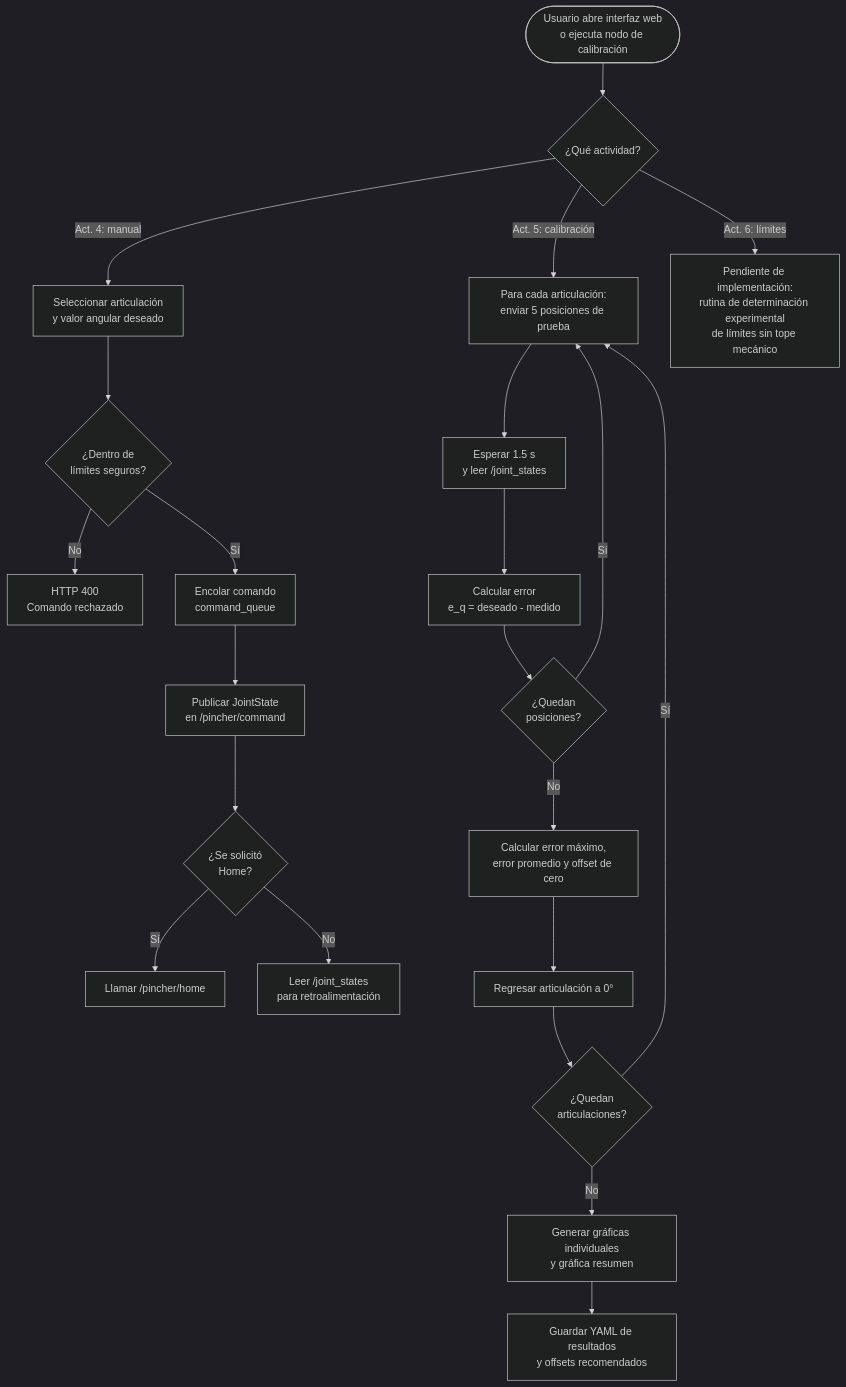
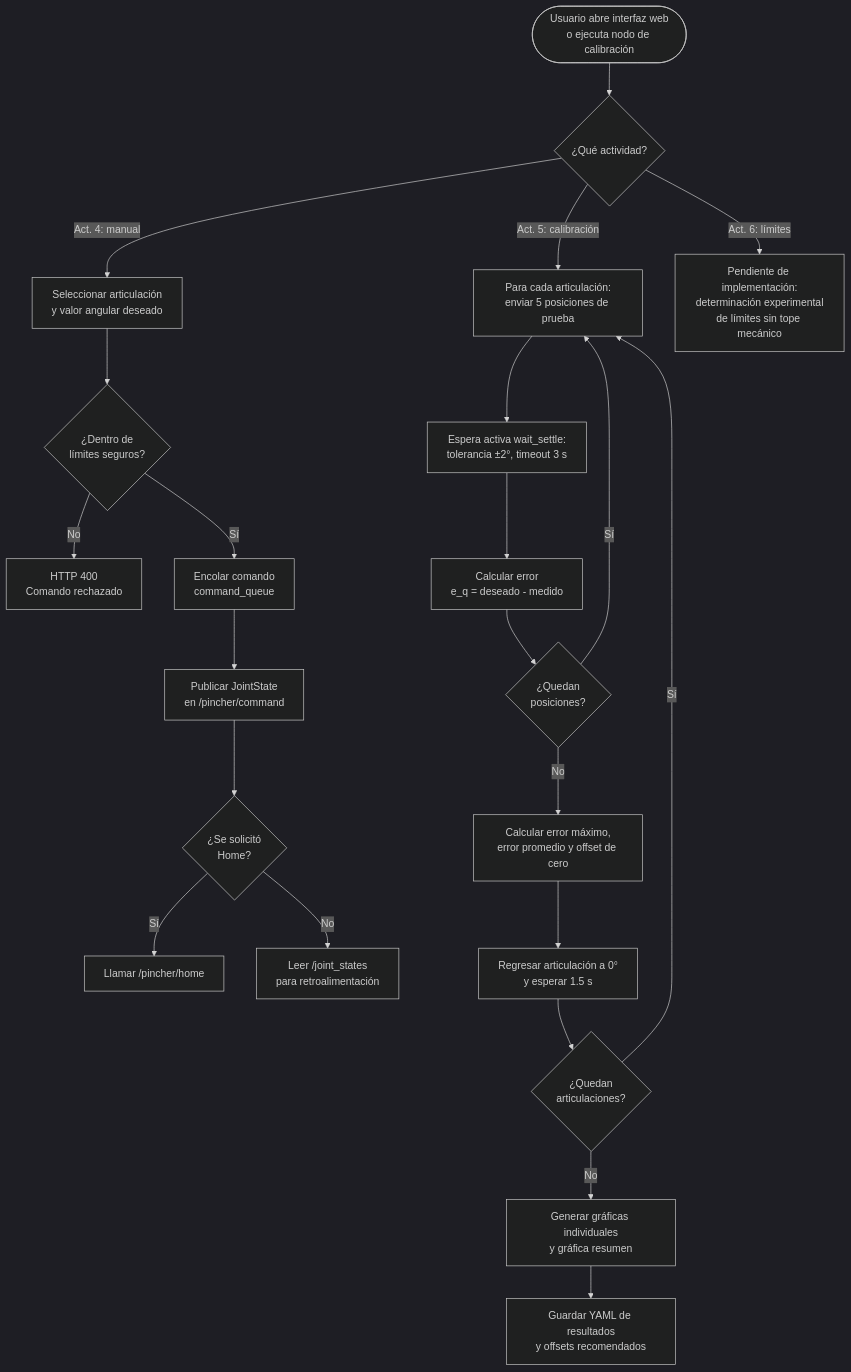
Before and after one commit to labsir-un/Robotica-2026-I-Equipo-2E-Mora-Pacheco-Pinilla: the second of 6 diagrams in Laboratorio No. 06 - Robótica de Desarrollo ROS Jazzy y Control Servovisual/README.MD, drawn with Mermaid (dark theme). The commit also changed other lines of this file, not shown here.

````diff
--- a/Laboratorio No. 06 - Robótica de Desarrollo ROS Jazzy y Control Servovisual/README.MD
+++ b/Laboratorio No. 06 - Robótica de Desarrollo ROS Jazzy y Control Servovisual/README.MD
@@ -320,27 +353,27 @@
 ```mermaid
 flowchart TD
     START([Usuario abre interfaz web<br/>o ejecuta nodo de calibración]) --> SEL{¿Qué actividad?}
 
     SEL -->|Act. 4: manual| PICK[Seleccionar articulación<br/>y valor angular deseado]
     PICK --> LIM4{¿Dentro de<br/>límites seguros?}
     LIM4 -->|No| REJ[HTTP 400<br/>Comando rechazado]
     LIM4 -->|Sí| ENQ[Encolar comando<br/>command_queue]
     ENQ --> PUB[Publicar JointState<br/>en /pincher/command]
     PUB --> HOME4{¿Se solicitó<br/>Home?}
     HOME4 -->|Sí| SRV[Llamar /pincher/home]
     HOME4 -->|No| FEED[Leer /joint_states<br/>para retroalimentación]
 
     SEL -->|Act. 5: calibración| LOOP[Para cada articulación:<br/>enviar 5 posiciones de prueba]
-    LOOP --> WAIT[Esperar 1.5 s<br/>y leer /joint_states]
+    LOOP --> WAIT[Espera activa wait_settle:<br/>tolerancia ±2°, timeout 3 s]
     WAIT --> ERR[Calcular error<br/>e_q = deseado - medido]
     ERR --> MORE{¿Quedan<br/>posiciones?}
     MORE -->|Sí| LOOP
     MORE -->|No| STATS[Calcular error máximo,<br/>error promedio y offset de cero]
-    STATS --> HOMEJ[Regresar articulación a 0°]
+    STATS --> HOMEJ[Regresar articulación a 0°<br/>y esperar 1.5 s]
     HOMEJ --> NEXTJ{¿Quedan<br/>articulaciones?}
     NEXTJ -->|Sí| LOOP
     NEXTJ -->|No| PLOTS[Generar gráficas individuales<br/>y gráfica resumen]
     PLOTS --> SAVE[Guardar YAML de resultados<br/>y offsets recomendados]
 
-    SEL -->|Act. 6: límites| CHECKLIM["Pendiente de implementación:<br/>rutina de determinación experimental<br/>de límites sin tope mecánico"]
+    SEL -->|Act. 6: límites| CHECKLIM["Pendiente de implementación:<br/>determinación experimental<br/>de límites sin tope mecánico"]
 ```
````
